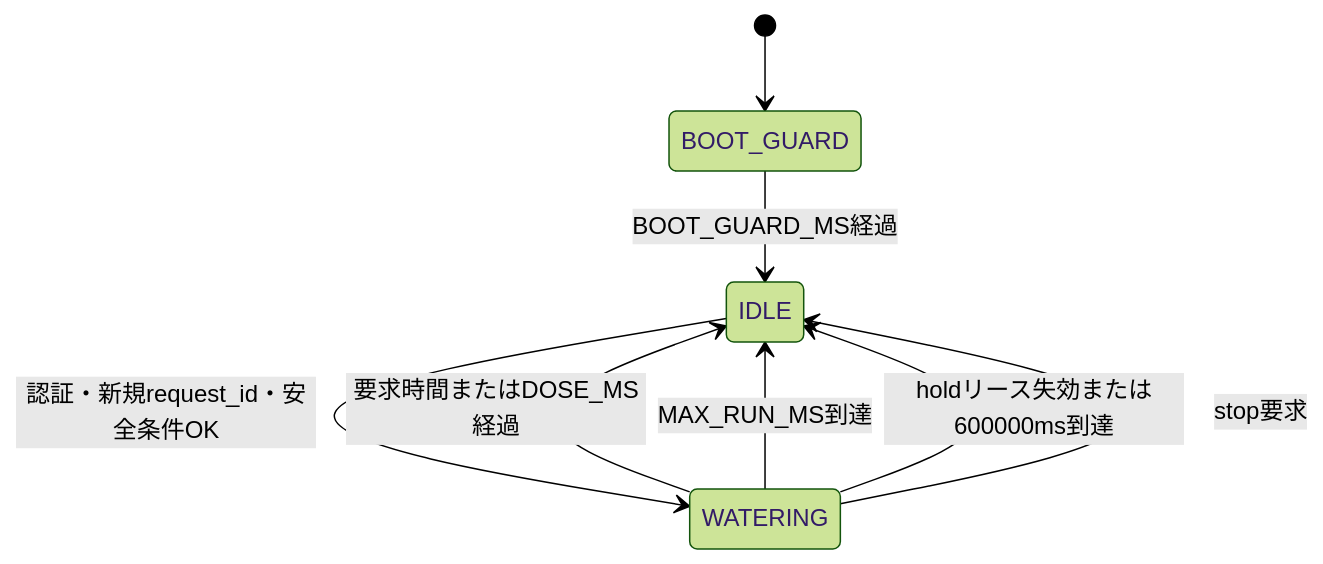
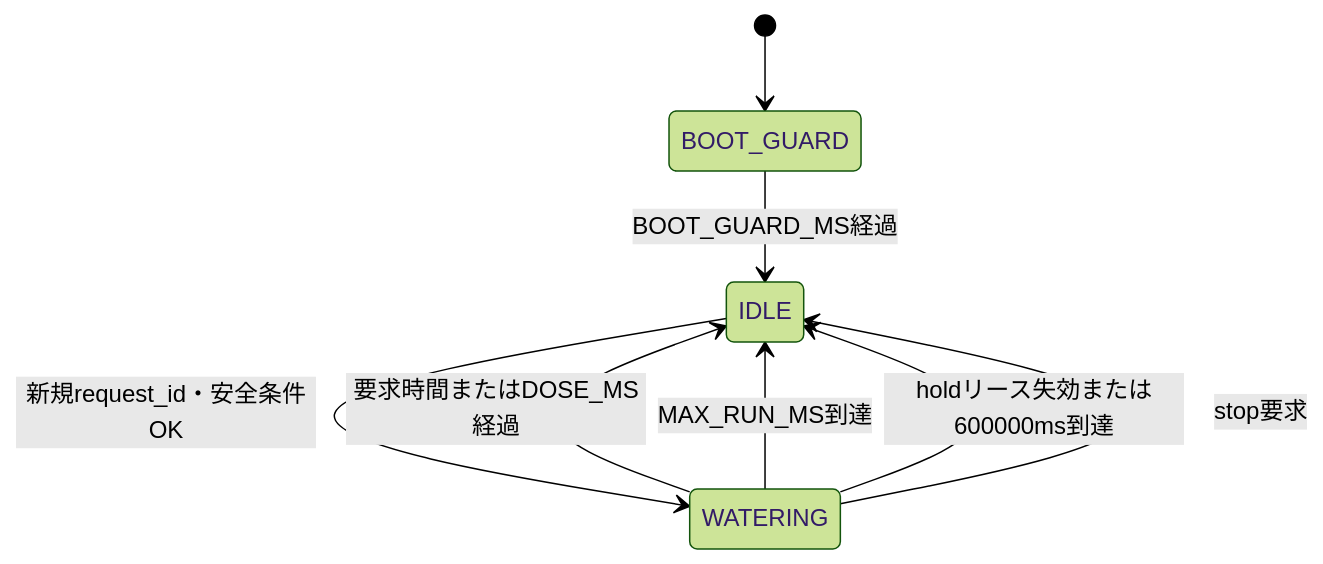
One commit to kandotrun/tree changed the second of 2 diagrams in docs/development-guide.md. Above: the diagram before and after it, drawn with Mermaid (forest theme). The commit also changed other lines of this file and 26 other files, not shown here.

````diff
--- a/docs/development-guide.md
+++ b/docs/development-guide.md
@@ -249,10 +247,10 @@
 ```mermaid
 stateDiagram-v2
     [*] --> BOOT_GUARD
     BOOT_GUARD --> IDLE: BOOT_GUARD_MS経過
-    IDLE --> WATERING: 認証・新規request_id・安全条件OK
+    IDLE --> WATERING: 新規request_id・安全条件OK
     WATERING --> IDLE: 要求時間またはDOSE_MS経過
     WATERING --> IDLE: MAX_RUN_MS到達
     WATERING --> IDLE: holdリース失効または600000ms到達
     WATERING --> IDLE: stop要求
 ```
````
